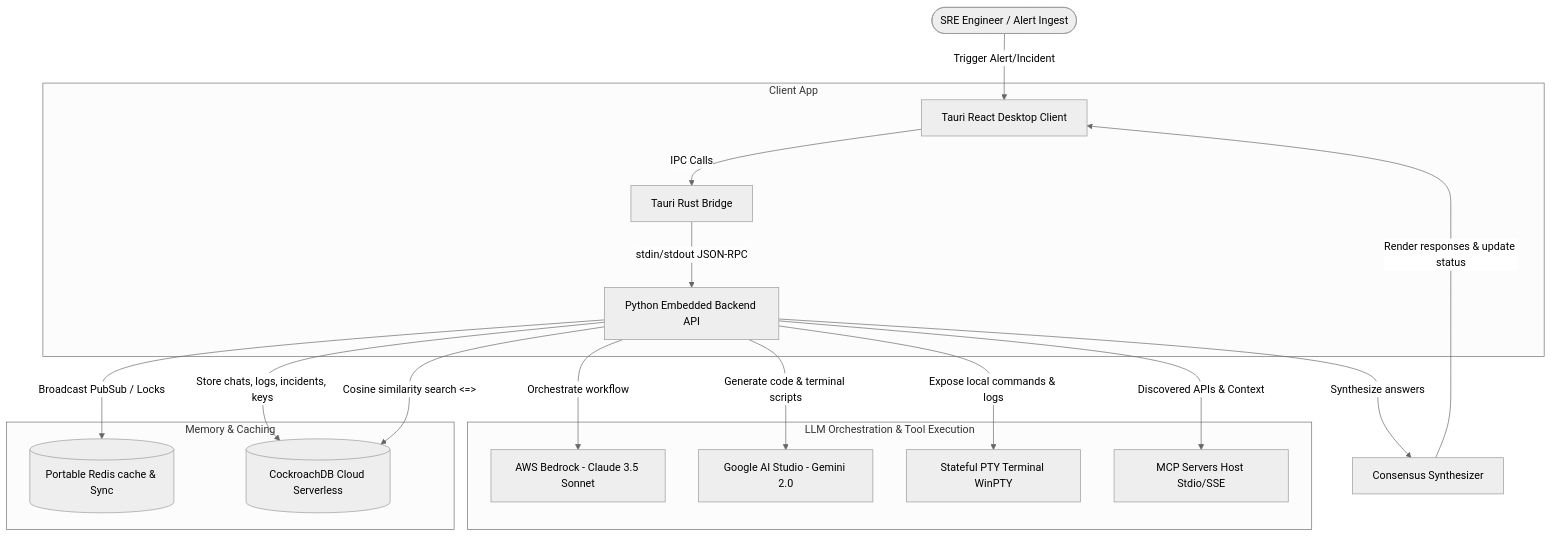
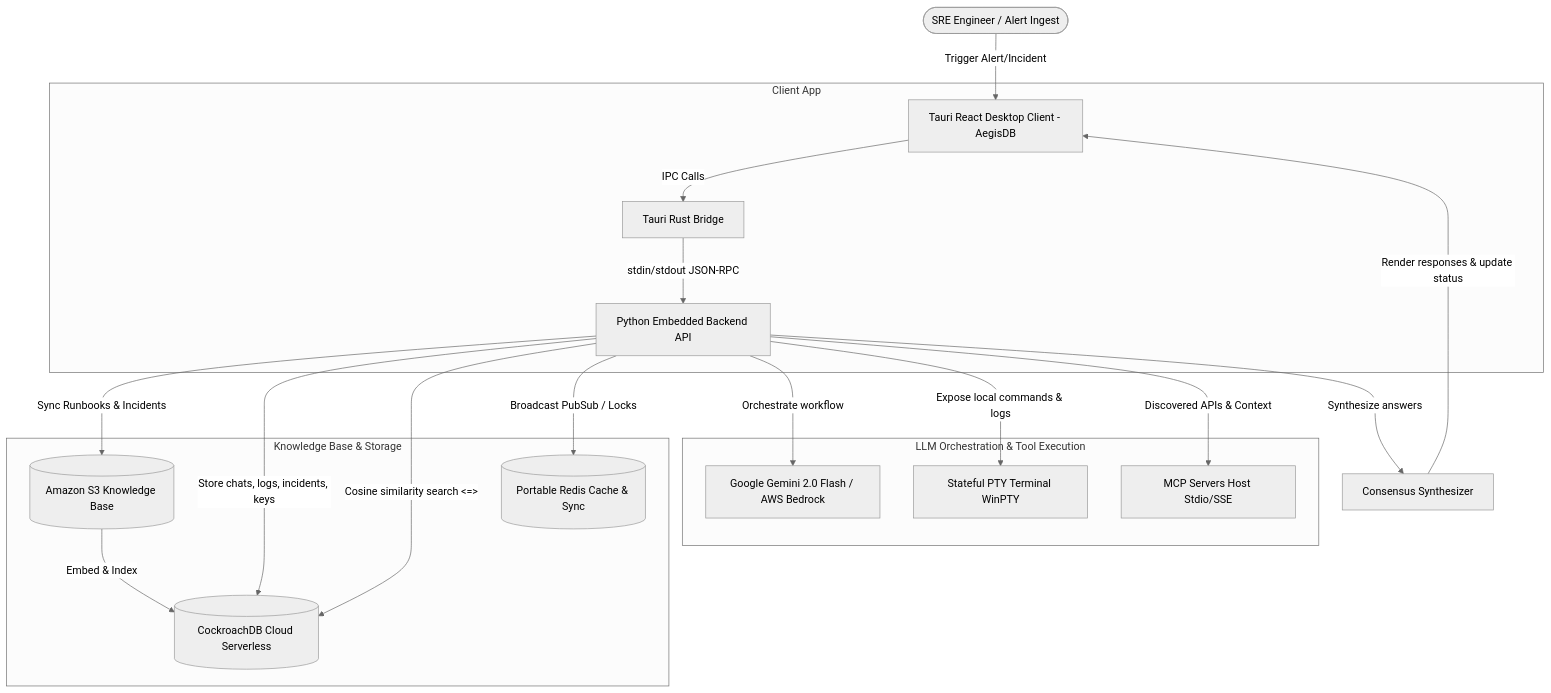
One commit to Arthur-101/CockroachDB changed the diagram in README.md. Above: the diagram before and after it, drawn with Mermaid (neutral theme). The commit also changed other lines of this file and 71 other files, not shown here.

Commit message:
feat(rebrand): rebrand project to AegisDB and integrate official brand icon assets across desktop shell and UI

````diff
--- a/README.md
+++ b/README.md
@@ -47,26 +60,26 @@
 ```mermaid
 graph TD
-    User([SRE Engineer / Alert Ingest]) -->|Trigger Alert/Incident| UI[Tauri React Desktop Client]
+    User([SRE Engineer / Alert Ingest]) -->|Trigger Alert/Incident| UI[Tauri React Desktop Client - AegisDB]
     
     subgraph Client App
         UI -->|IPC Calls| Rust[Tauri Rust Bridge]
         Rust -->|stdin/stdout JSON-RPC| PyAPI[Python Embedded Backend API]
     end
 
-    subgraph Memory & Caching
-        PyAPI -->|Broadcast PubSub / Locks| Redis[(Portable Redis cache & Sync)]
-        PyAPI -->|Store chats, logs, incidents, keys| CRDB[(CockroachDB Cloud Serverless)]
+    subgraph Knowledge Base & Storage
+        PyAPI -->|Sync Runbooks & Incidents| S3[(Amazon S3 Knowledge Base)]
+        S3 -->|Embed & Index| CRDB[(CockroachDB Cloud Serverless)]
+        PyAPI -->|Store chats, logs, incidents, keys| CRDB
         PyAPI -->|Cosine similarity search <=>| CRDB
+        PyAPI -->|Broadcast PubSub / Locks| Redis[(Portable Redis Cache & Sync)]
     end
 
     subgraph LLM Orchestration & Tool Execution
-        PyAPI -->|Orchestrate workflow| Bedrock[AWS Bedrock - Claude 3.5 Sonnet]
-        PyAPI -->|Generate code & terminal scripts| Gemini[Google AI Studio - Gemini 2.0]
-        
+        PyAPI -->|Orchestrate workflow| Brain[Google Gemini 2.0 Flash / AWS Bedrock]
         PyAPI -->|Expose local commands & logs| Terminal[Stateful PTY Terminal WinPTY]
         PyAPI -->|Discovered APIs & Context| MCP[MCP Servers Host Stdio/SSE]
     end
     
     PyAPI -->|Synthesize answers| Synthesizer[Consensus Synthesizer]
     Synthesizer -->|Render responses & update status| UI
 ```
````
